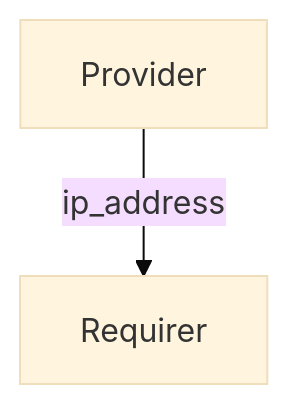
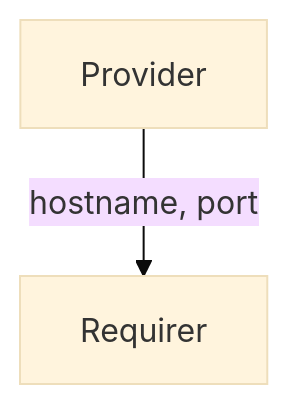
Before and after one commit to canonical/charm-relation-interfaces: the diagram in interfaces/fiveg_n2/v0/README.md, drawn with Mermaid (base theme). The commit also changed other lines of this file and 2 other files, not shown here.

Commit message:
Changes the data of the provider to provide host and port

````diff
--- a/interfaces/fiveg_n2/v0/README.md
+++ b/interfaces/fiveg_n2/v0/README.md
@@ -11,4 +11,4 @@
 ```mermaid
 flowchart TD
-    Provider -- ip_address --> Requirer
+    Provider -- hostname, port --> Requirer
 ```
````
